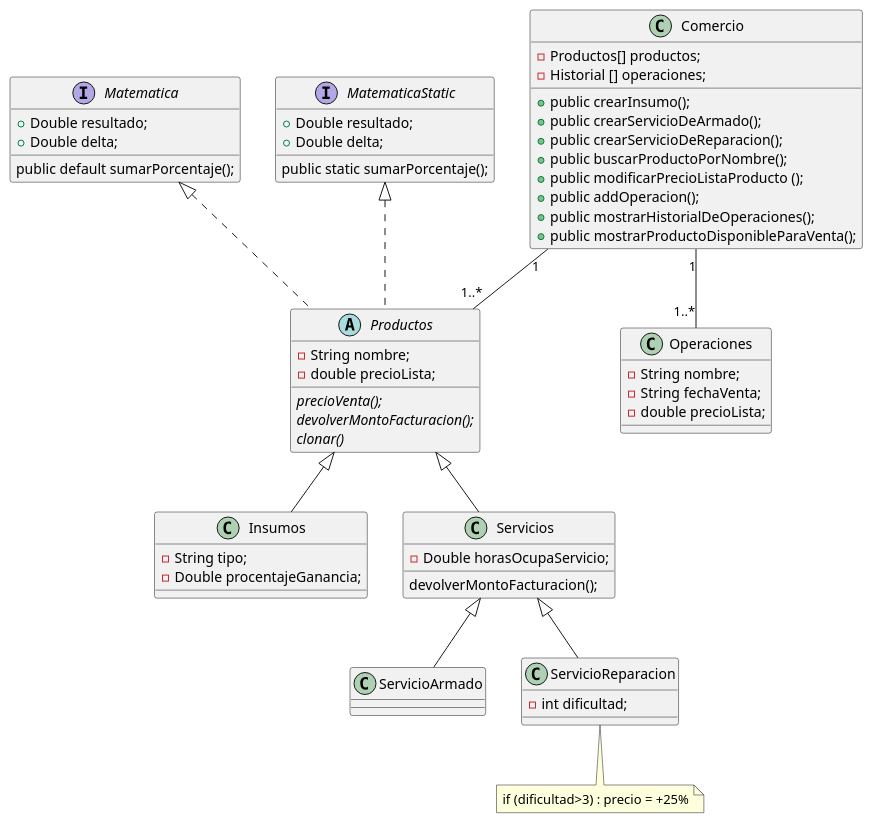
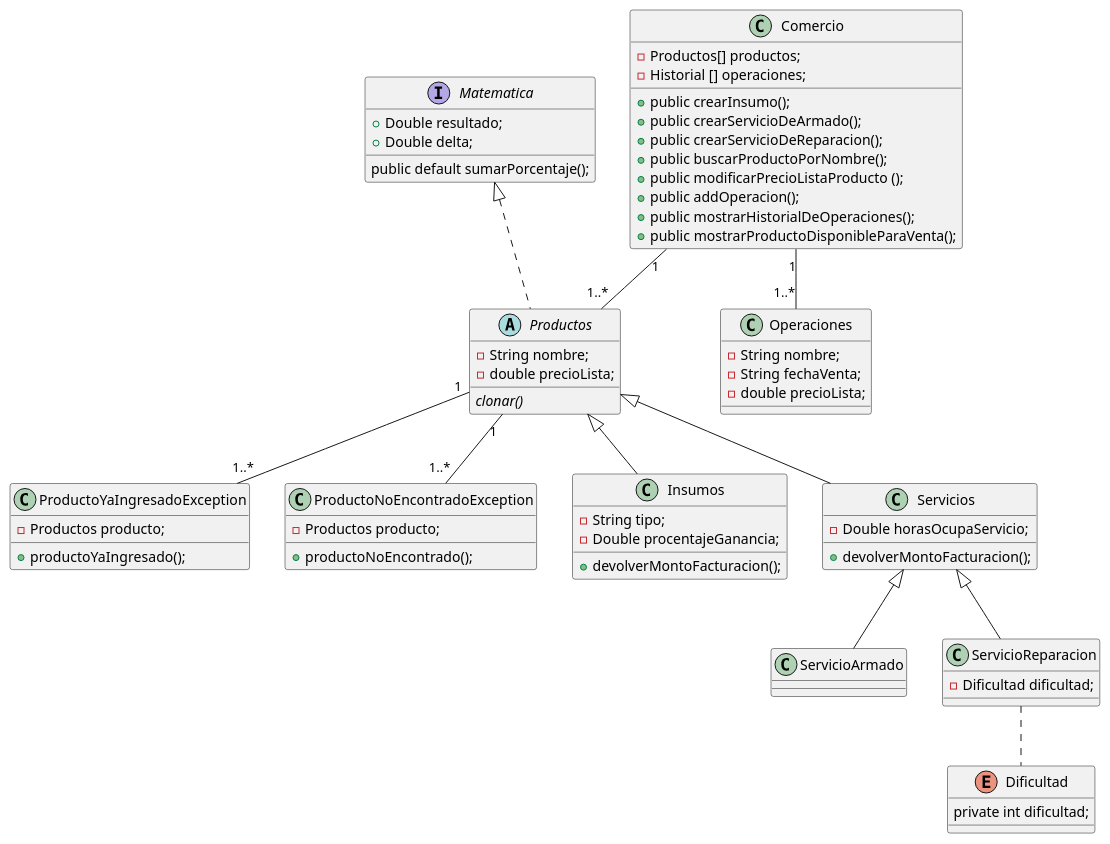
One commit to h-kANAME/dv-pav-comercio-informatico-lopez-luis changed the diagram in src/doc/modelado.puml. Above: the diagram before and after it, drawn with PlantUML. The commit also changed 7 other files, not shown here.

```diff
--- a/src/doc/modelado.puml
+++ b/src/doc/modelado.puml
@@ -1,98 +1,110 @@
 @startuml
 
 class Comercio {
 	
 	- Productos[] productos;
 	- Historial [] operaciones;
 	
 	+ public crearInsumo();
 	+ public crearServicioDeArmado();
 	+ public crearServicioDeReparacion();
 	+ public buscarProductoPorNombre();
 	+ public modificarPrecioListaProducto ();	
 	+ public addOperacion();
 	+ public mostrarHistorialDeOperaciones();
 	+ public mostrarProductoDisponibleParaVenta();
 	
  
 }
 
 
-abstract class Productos implements Matematica, MatematicaStatic{
+abstract class Productos implements Matematica{
 
 	- String nombre;
 	- double precioLista;
 	
-	{abstract} precioVenta();
-	{abstract} devolverMontoFacturacion();
 	{abstract} clonar()
 
 }
+
+
+class ProductoYaIngresadoException{
+	- Productos producto;
+	
+	+ productoYaIngresado();
+}
+
+
+class ProductoNoEncontradoException{
+	- Productos producto;
+		
+	+ productoNoEncontrado();
+}
+
 
 class Operaciones{
  	
  	- String nombre;
  	- String fechaVenta;
  	- double precioLista;
  	
 }
 
 
 class Insumos{
 
 	- String tipo;
 	- Double procentajeGanancia;
+	
+	+ devolverMontoFacturacion();
 
 }
 
 class Servicios{
 	
 	- Double horasOcupaServicio;
 	
-	devolverMontoFacturacion();
+	+ devolverMontoFacturacion();
 
 
 }
 
 class ServicioArmado{
 
 
 
 }
 
 class ServicioReparacion{
 	
-	- int dificultad;
+	- Dificultad dificultad;
 	
 }
+
+enum Dificultad{
+	private int dificultad;
+}
+
+ServicioReparacion ..down Dificultad
 
 interface Matematica{
 	
 	+ Double resultado;
 	+ Double delta;
 
 	public default sumarPorcentaje();
 }
 
-interface MatematicaStatic{
-	
-	+ Double resultado;
-	+ Double delta;
-
-	public static sumarPorcentaje();
-}
-
-note "if (dificultad>3) : precio = +25%" as N1
-
-ServicioReparacion ..down N1
 
 Comercio "1" -- "1..*" Operaciones
 Comercio "1" -- "1..*" Productos
+Productos "1" -- "1..*" ProductoYaIngresadoException
+Productos "1" -- "1..*" ProductoNoEncontradoException
 
 
 Productos <|-- Insumos
 Productos <|-- Servicios
 Servicios <|-- ServicioArmado
 Servicios <|-- ServicioReparacion
 
 @enduml
```
